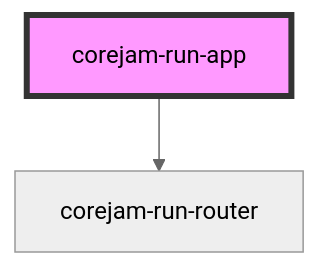
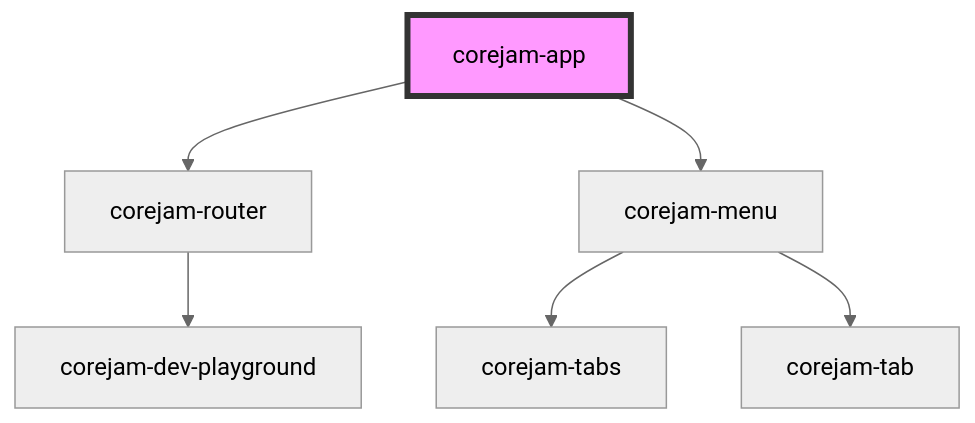
The diagram in packages/run/app/components/App/readme.md (corejam/corejam), drawn with Mermaid (neutral theme) before and after one commit. The commit also changed other lines of this file and 43 other files, not shown here.

````diff
--- a/packages/run/app/components/App/readme.md
+++ b/packages/run/app/components/App/readme.md
@@ -15,5 +16,9 @@
 ```mermaid
 graph TD;
-  corejam-run-app --> corejam-run-router
-  style corejam-run-app fill:#f9f,stroke:#333,stroke-width:4px
+  corejam-app --> corejam-router
+  corejam-app --> corejam-menu
+  corejam-router --> corejam-dev-playground
+  corejam-menu --> corejam-tabs
+  corejam-menu --> corejam-tab
+  style corejam-app fill:#f9f,stroke:#333,stroke-width:4px
 ```
````
